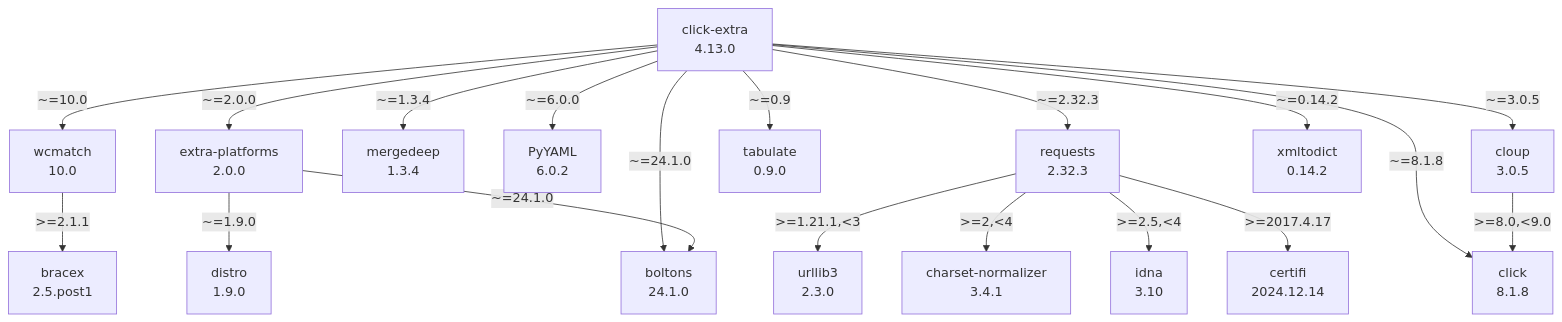
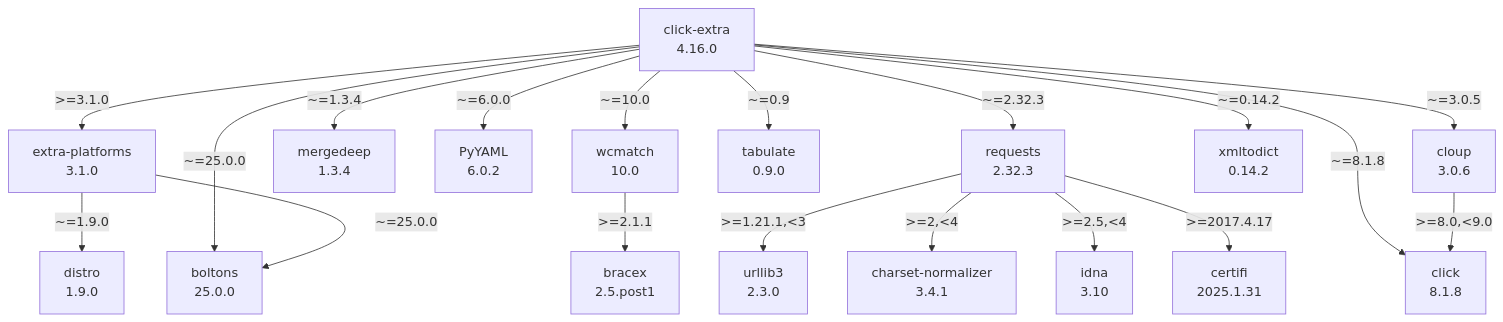
Before and after one commit to kdeldycke/click-extra: the diagram in docs/assets/dependencies.mmd, drawn with Mermaid.

Commit message:
[autofix] Regenerate dependency graph

```diff
--- a/docs/assets/dependencies.mmd
+++ b/docs/assets/dependencies.mmd
@@ -1,37 +1,37 @@
 flowchart TD
     classDef missing stroke-dasharray: 5
-    boltons["boltons\n24.1.0"]
+    boltons["boltons\n25.0.0"]
     bracex["bracex\n2.5.post1"]
-    certifi["certifi\n2024.12.14"]
+    certifi["certifi\n2025.1.31"]
     charset-normalizer["charset-normalizer\n3.4.1"]
-    click-extra["click-extra\n4.13.0"]
+    click-extra["click-extra\n4.16.0"]
     click_0["click\n8.1.8"]
-    cloup["cloup\n3.0.5"]
+    cloup["cloup\n3.0.6"]
     distro["distro\n1.9.0"]
-    extra-platforms["extra-platforms\n2.0.0"]
+    extra-platforms["extra-platforms\n3.1.0"]
     idna["idna\n3.10"]
     mergedeep["mergedeep\n1.3.4"]
     pyyaml["PyYAML\n6.0.2"]
     requests["requests\n2.32.3"]
     tabulate["tabulate\n0.9.0"]
     urllib3["urllib3\n2.3.0"]
     wcmatch["wcmatch\n10.0"]
     xmltodict["xmltodict\n0.14.2"]
+    click-extra -- ">=3.1.0" --> extra-platforms
     click-extra -- "~=0.14.2" --> xmltodict
     click-extra -- "~=0.9" --> tabulate
     click-extra -- "~=1.3.4" --> mergedeep
     click-extra -- "~=10.0" --> wcmatch
-    click-extra -- "~=2.0.0" --> extra-platforms
     click-extra -- "~=2.32.3" --> requests
-    click-extra -- "~=24.1.0" --> boltons
+    click-extra -- "~=25.0.0" --> boltons
     click-extra -- "~=3.0.5" --> cloup
     click-extra -- "~=6.0.0" --> pyyaml
     click-extra -- "~=8.1.8" --> click_0
     cloup -- ">=8.0,<9.0" --> click_0
     extra-platforms -- "~=1.9.0" --> distro
-    extra-platforms -- "~=24.1.0" --> boltons
+    extra-platforms -- "~=25.0.0" --> boltons
     requests -- ">=1.21.1,<3" --> urllib3
     requests -- ">=2,<4" --> charset-normalizer
     requests -- ">=2.5,<4" --> idna
     requests -- ">=2017.4.17" --> certifi
     wcmatch -- ">=2.1.1" --> bracex
```
